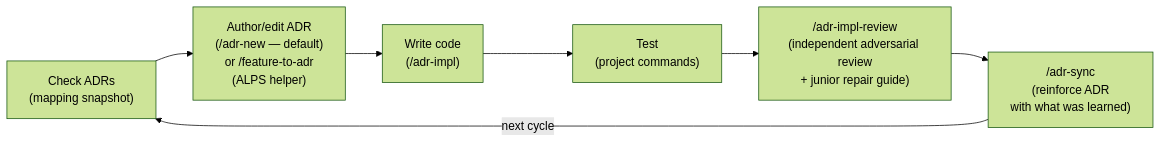
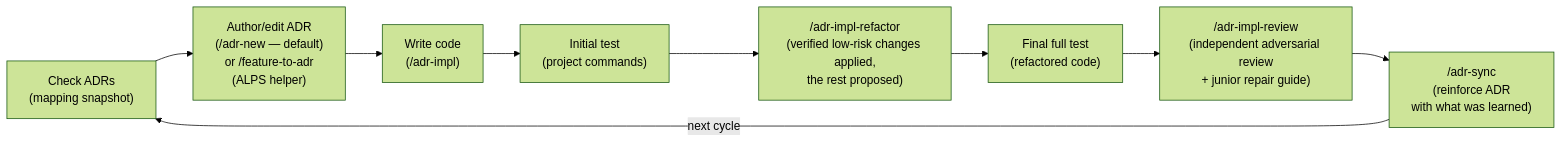
One commit to haandol/alps-writer-mcp changed the first of 2 diagrams in docs/usage.md. Above: the diagram before and after it, drawn with Mermaid (forest theme). The commit also changed other lines of this file and 23 other files, not shown here.

Commit message:
feat(adr): add verified implementation refactoring

````diff
--- a/docs/usage.md
+++ b/docs/usage.md
@@ -9,9 +9,11 @@
 ```mermaid
 flowchart LR
     A["Check ADRs<br/>(mapping snapshot)"] --> B["Author/edit ADR<br/>(/adr-new — default)<br/>or /feature-to-adr<br/>(ALPS helper)"]
     B --> C["Write code<br/>(/adr-impl)"]
-    C --> D["Test<br/>(project commands)"]
-    D --> R["/adr-impl-review<br/>(independent adversarial review<br/>+ junior repair guide)"]
+    C --> D["Initial test<br/>(project commands)"]
+    D --> F["/adr-impl-refactor<br/>(verified low-risk changes applied,<br/>the rest proposed)"]
+    F --> V["Final full test<br/>(refactored code)"]
+    V --> R["/adr-impl-review<br/>(independent adversarial review<br/>+ junior repair guide)"]
     R --> E["/adr-sync<br/>(reinforce ADR<br/>with what was learned)"]
     E -->|next cycle| A
 ```
````
